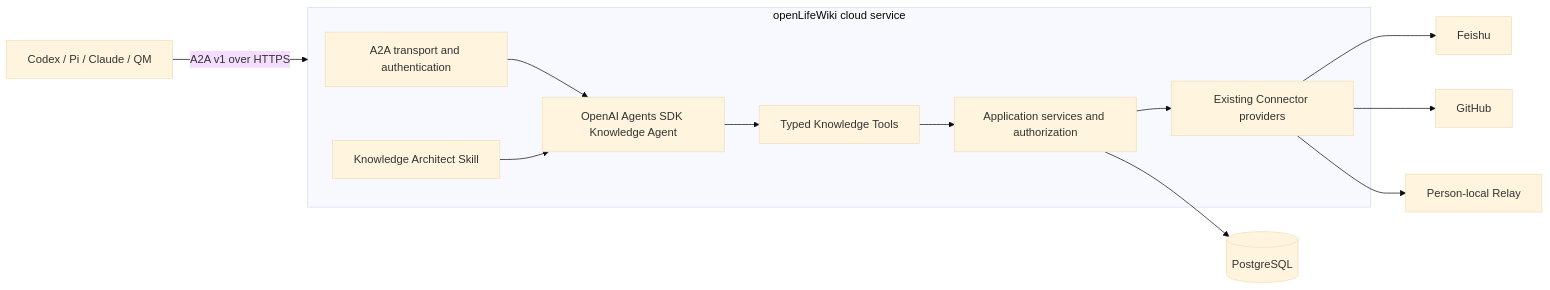
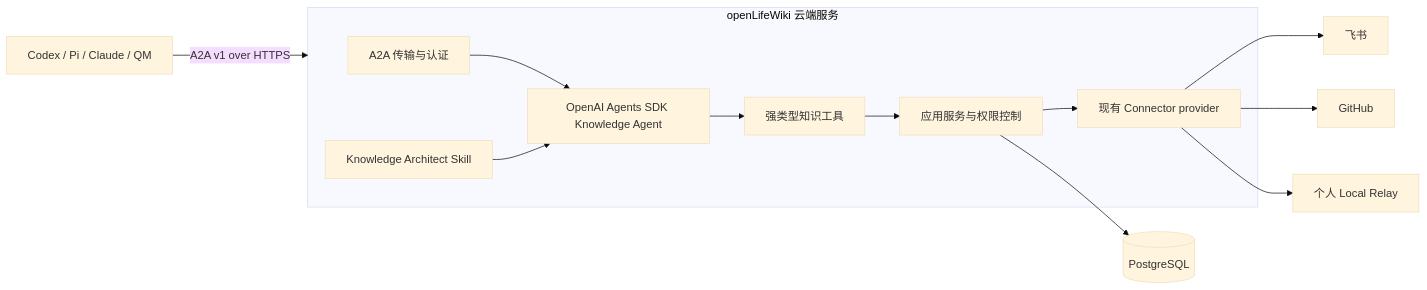
Before and after one commit to MetaInFLow/CoWikiHarness: the diagram in docs/design/active/2026-08-15-cloud-knowledge-agent-v2-design.md, drawn with Mermaid (base theme). The commit also changed other lines of this file and 11 other files, not shown here.

Commit message:
docs: translate cloud knowledge agent v2 to Chinese

````diff
--- a/docs/design/active/2026-08-15-cloud-knowledge-agent-v2-design.md
+++ b/docs/design/active/2026-08-15-cloud-knowledge-agent-v2-design.md
@@ -113,24 +96,24 @@
 ```mermaid
 flowchart LR
     CLIENTS["Codex / Pi / Claude / QM"] -->|"A2A v1 over HTTPS"| SERVER
 
-    subgraph SERVER["openLifeWiki cloud service"]
-        A2A["A2A transport and authentication"]
+    subgraph SERVER["openLifeWiki 云端服务"]
+        A2A["A2A 传输与认证"]
         AGENT["OpenAI Agents SDK Knowledge Agent"]
         SKILL["Knowledge Architect Skill"]
-        TOOLS["Typed Knowledge Tools"]
-        APP["Application services and authorization"]
-        CONN["Existing Connector providers"]
+        TOOLS["强类型知识工具"]
+        APP["应用服务与权限控制"]
+        CONN["现有 Connector provider"]
 
         A2A --> AGENT
         SKILL --> AGENT
         AGENT --> TOOLS
         TOOLS --> APP
         APP --> CONN
     end
 
     APP --> PG[("PostgreSQL")]
-    CONN --> FEISHU["Feishu"]
+    CONN --> FEISHU["飞书"]
     CONN --> GITHUB["GitHub"]
-    CONN --> RELAY["Person-local Relay"]
+    CONN --> RELAY["个人 Local Relay"]
 ```
````
